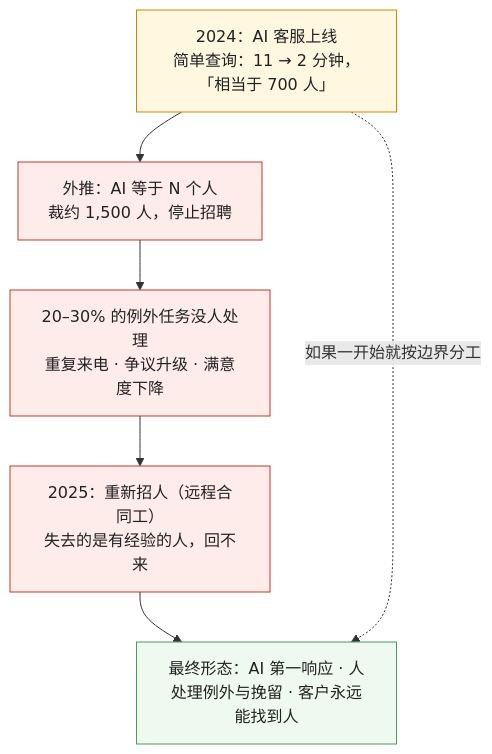
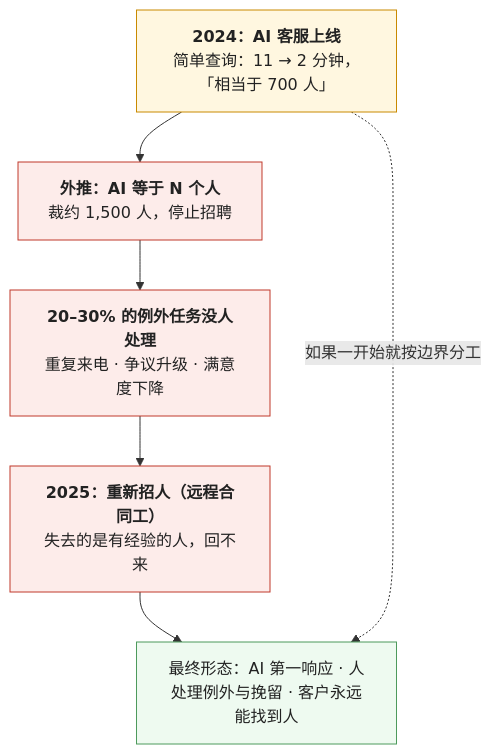
Before and after one commit to arganzheng/arganzheng.github.com: the fourth of 5 diagrams in _posts/2026-11-16-choosing-ai-scenarios-the-jagged-frontier-and-the-demo-to-product-gap.md, drawn with Mermaid. The commit also changed other lines of this file and 5 other files, not shown here.

First line of the commit message:
产品与体验：把不确定的能力做成可信的产品：Mermaid 多行方框的首行标为标题（6 篇）

````diff
--- a/_posts/2026-11-16-choosing-ai-scenarios-the-jagged-frontier-and-the-demo-to-product-gap.md
+++ b/_posts/2026-11-16-choosing-ai-scenarios-the-jagged-frontier-and-the-demo-to-product-gap.md
@@ -132,15 +132,15 @@
 ```mermaid
 %% 图：Klarna 的两年——2024 年 AI 客服在简单查询上做到「700 人的工作」、处理时间 11 → 2 分钟；把这个数字外推到全部客服裁 1,500 人；20–30% 的例外任务处理不了：重复来电、争议升级、满意度下降；2025 年重新招人（远程合同工）；最终形态「AI 第一响应、人处理例外、客户永远能找到人」本可以是起点
 flowchart TB
-    A["2024：AI 客服上线<br/>简单查询：11 → 2 分钟，「相当于 700 人」"] --> B["外推：AI 等于 N 个人<br/>裁约 1,500 人，停止招聘"]
-    B --> C["20–30% 的例外任务没人处理<br/>重复来电 · 争议升级 · 满意度下降"]
-    C --> D["2025：重新招人（远程合同工）<br/>失去的是有经验的人，回不来"]
+    A["<b>2024：AI 客服上线</b><br/>简单查询：11 → 2 分钟，「相当于 700 人」"] --> B["<b>外推：AI 等于 N 个人</b><br/>裁约 1,500 人，停止招聘"]
+    B --> C["<b>20–30% 的例外任务没人处理</b><br/>重复来电 · 争议升级 · 满意度下降"]
+    C --> D["<b>2025：重新招人（远程合同工）</b><br/>失去的是有经验的人，回不来"]
     D --> E["最终形态：AI 第一响应 · 人处理例外与挽留 · 客户永远能找到人"]
     A -.->|"如果一开始就按边界分工"| E
     classDef n fill:#fff7e0,stroke:#c98a00,color:#222
     classDef bad fill:#fdecea,stroke:#c0392b,color:#222
     classDef ok fill:#eefaf0,stroke:#4d9a5c,color:#222
     class A n
     class B,C,D bad
     class E ok
 ```
````
